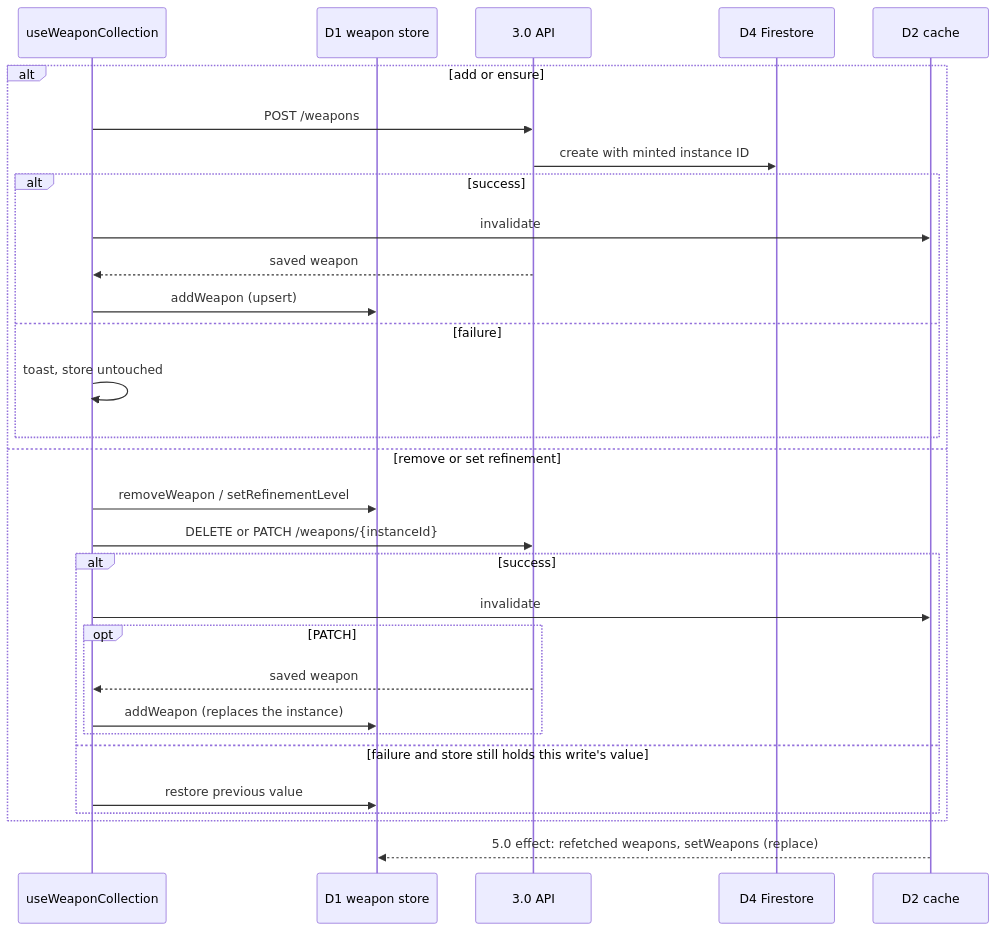
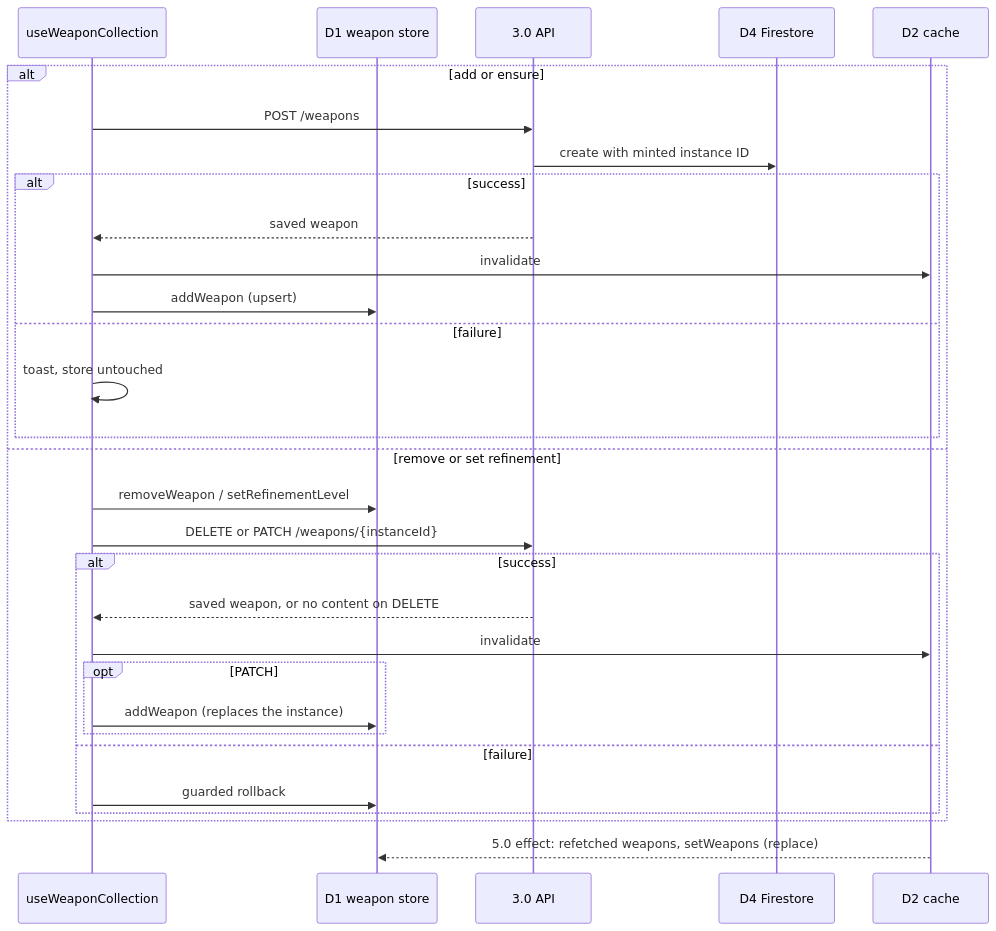
One commit to dungeon-studio/genshin.dungeon.studio changed the fourth of 6 diagrams in docs/reference/data-flow.md. Above: the diagram before and after it, drawn with Mermaid. The commit also changed other lines of this file, not shown here.

First line of the commit message:
docs: name the guarded rollback once in data flow

````diff
--- a/docs/reference/data-flow.md
+++ b/docs/reference/data-flow.md
@@ -199,33 +200,33 @@
 ```mermaid
 sequenceDiagram
   participant Hook as useWeaponCollection
   participant Store as D1 weapon store
   participant API as 3.0 API
   participant FS as D4 Firestore
   participant Cache as D2 cache
 
   alt add or ensure
     Hook->>API: POST /weapons
     API->>FS: create with minted instance ID
     alt success
+      API-->>Hook: saved weapon
       Hook->>Cache: invalidate
-      API-->>Hook: saved weapon
       Hook->>Store: addWeapon (upsert)
     else failure
       Hook->>Hook: toast, store untouched
     end
   else remove or set refinement
     Hook->>Store: removeWeapon / setRefinementLevel
     Hook->>API: DELETE or PATCH /weapons/{instanceId}
     alt success
+      API-->>Hook: saved weapon, or no content on DELETE
       Hook->>Cache: invalidate
       opt PATCH
-        API-->>Hook: saved weapon
         Hook->>Store: addWeapon (replaces the instance)
       end
-    else failure and store still holds this write's value
-      Hook->>Store: restore previous value
+    else failure
+      Hook->>Store: guarded rollback
     end
   end
   Cache-->>Store: 5.0 effect: refetched weapons, setWeapons (replace)
 ```
````
